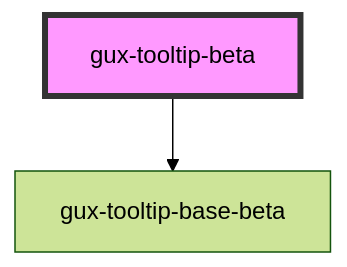
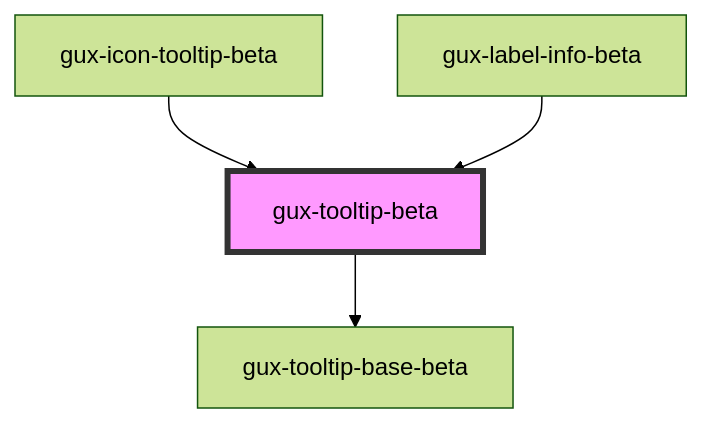
The diagram in packages/genesys-spark-components/src/components/beta/gux-tooltip-beta/readme.md (MyPureCloud/genesys-spark), drawn with Mermaid (forest theme) before and after one commit. The commit also changed other lines of this file and 24 other files, not shown here.

Commit message:
docs(label-info): Update readmes

````diff
--- a/packages/genesys-spark-components/src/components/beta/gux-tooltip-beta/readme.md
+++ b/packages/genesys-spark-components/src/components/beta/gux-tooltip-beta/readme.md
@@ -72,5 +77,7 @@
 ```mermaid
 graph TD;
   gux-tooltip-beta --> gux-tooltip-base-beta
+  gux-icon-tooltip-beta --> gux-tooltip-beta
+  gux-label-info-beta --> gux-tooltip-beta
   style gux-tooltip-beta fill:#f9f,stroke:#333,stroke-width:4px
 ```
````
